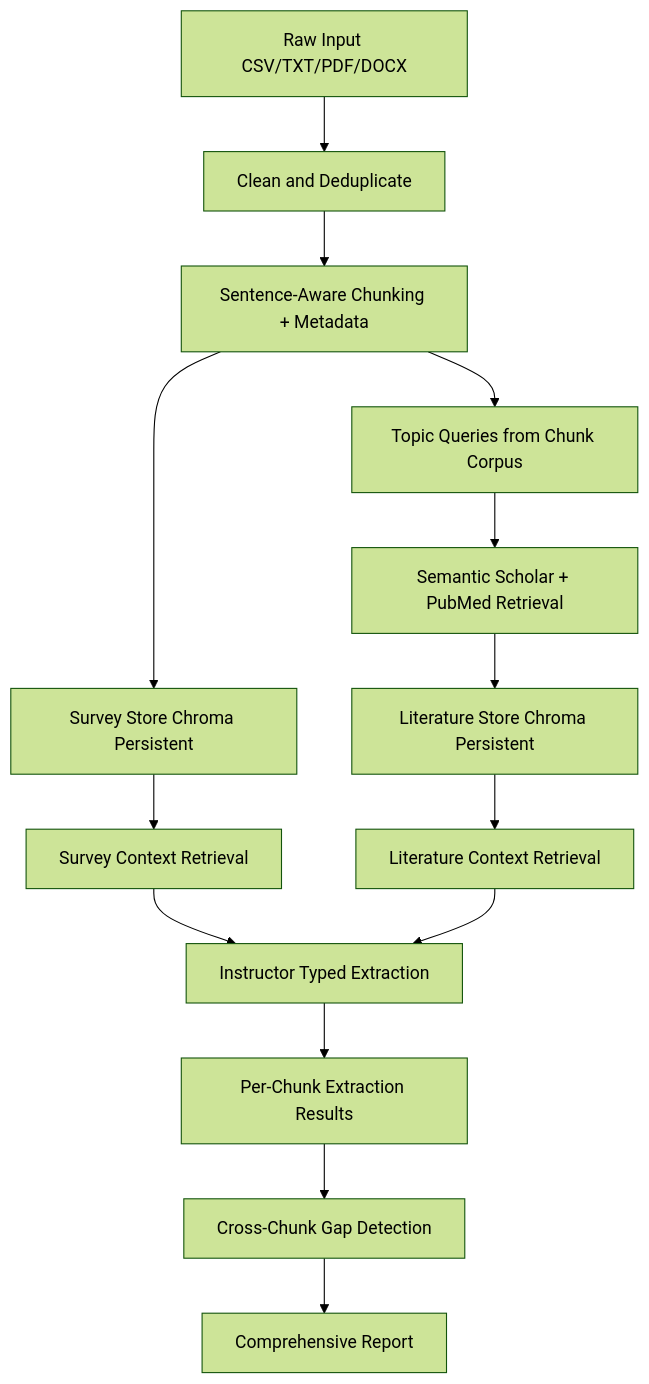
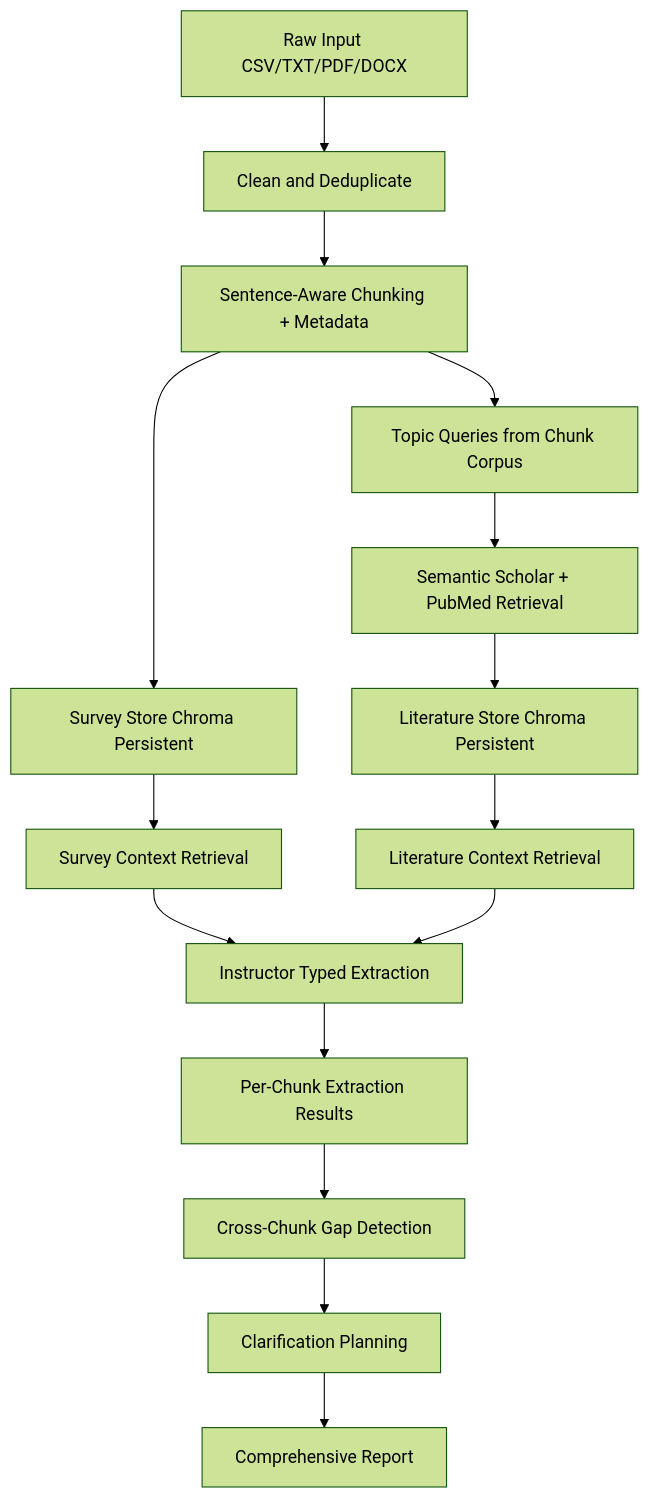
The diagram in ARCHITECTURE.md (haseebraza715/llm-survey-model-specification), drawn with Mermaid (forest theme) before and after one commit. The commit also changed other lines of this file and 5 other files, not shown here.

Commit message:
docs: mark phase 5 complete and document clarification flow

````diff
--- a/ARCHITECTURE.md
+++ b/ARCHITECTURE.md
@@ -21,16 +23,17 @@
 ```mermaid
 flowchart TD
     A[Raw Input CSV/TXT/PDF/DOCX] --> B[Clean and Deduplicate]
     B --> C[Sentence-Aware Chunking + Metadata]
     C --> D[Survey Store Chroma Persistent]
     C --> E[Topic Queries from Chunk Corpus]
     E --> F[Semantic Scholar + PubMed Retrieval]
     F --> G[Literature Store Chroma Persistent]
     D --> H[Survey Context Retrieval]
     G --> I[Literature Context Retrieval]
     H --> J[Instructor Typed Extraction]
     I --> J
     J --> K[Per-Chunk Extraction Results]
     K --> L[Cross-Chunk Gap Detection]
-    L --> M[Comprehensive Report]
+    L --> M[Clarification Planning]
+    M --> N[Comprehensive Report]
 ```
````
